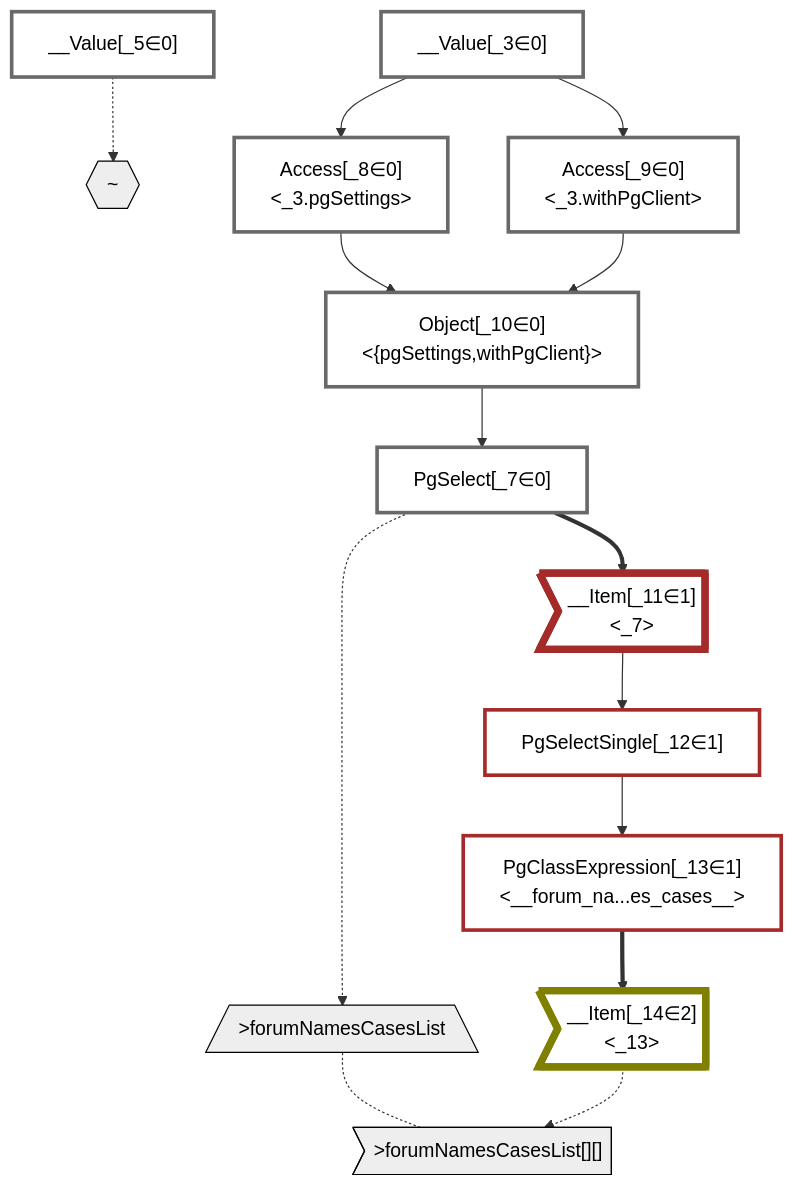
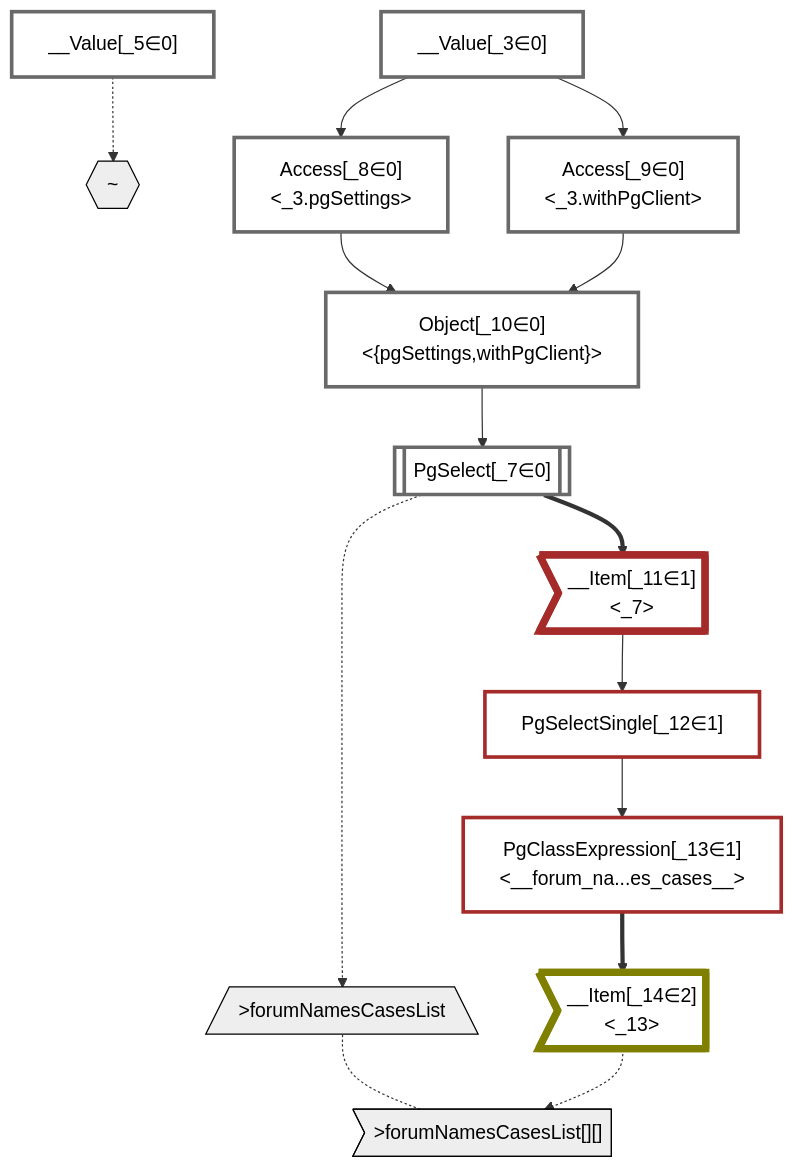
One commit to graphile/crystal changed the diagram in packages/dataplan-pg/__tests__/queries/functions/custom-query-forum-names-cases.deopt.mermaid.md. Above: the diagram before and after it, drawn with Mermaid. The commit also changed 195 other files, not shown here.

````diff
--- a/packages/dataplan-pg/__tests__/queries/functions/custom-query-forum-names-cases.deopt.mermaid.md
+++ b/packages/dataplan-pg/__tests__/queries/functions/custom-query-forum-names-cases.deopt.mermaid.md
@@ -1,51 +1,51 @@
 ```mermaid
 graph TD
     classDef path fill:#eee,stroke:#000,color:#000
     classDef plan fill:#fff,stroke-width:3px,color:#000
     classDef itemplan fill:#fff,stroke-width:6px,color:#000
     classDef sideeffectplan fill:#f00,stroke-width:6px,color:#000
 
     %% subgraph fields
     P1{{"~"}}:::path
     P2[/">forumNamesCasesList"\]:::path
     P3>">forumNamesCasesList[][]"]:::path
     P2 -.- P3
     %% P1 -.-> P2
     %% end
 
     %% define plans
     __Value_3["__Value[_3∈0]<br /><context>"]:::plan
     __Value_5["__Value[_5∈0]<br /><rootValue>"]:::plan
-    PgSelect_7["PgSelect[_7∈0]<br /><forum_names_cases>"]:::plan
+    PgSelect_7[["PgSelect[_7∈0]<br /><forum_names_cases>"]]:::plan
     Access_8["Access[_8∈0]<br /><_3.pgSettings>"]:::plan
     Access_9["Access[_9∈0]<br /><_3.withPgClient>"]:::plan
     Object_10["Object[_10∈0]<br /><{pgSettings,withPgClient}>"]:::plan
     __Item_11>"__Item[_11∈1]<br /><_7>"]:::itemplan
     PgSelectSingle_12["PgSelectSingle[_12∈1]<br /><forum_names_cases>"]:::plan
     PgClassExpression_13["PgClassExpression[_13∈1]<br /><__forum_na...es_cases__>"]:::plan
     __Item_14>"__Item[_14∈2]<br /><_13>"]:::itemplan
 
     %% plan dependencies
     Object_10 --> PgSelect_7
     __Value_3 --> Access_8
     __Value_3 --> Access_9
     Access_8 --> Object_10
     Access_9 --> Object_10
     PgSelect_7 ==> __Item_11
     __Item_11 --> PgSelectSingle_12
     PgSelectSingle_12 --> PgClassExpression_13
     PgClassExpression_13 ==> __Item_14
 
     %% plan-to-path relationships
     __Value_5 -.-> P1
     PgSelect_7 -.-> P2
     __Item_14 -.-> P3
 
     %% allocate buckets
     classDef bucket0 stroke:#696969
     class __Value_3,__Value_5,PgSelect_7,Access_8,Access_9,Object_10 bucket0
     classDef bucket1 stroke:#a52a2a
     class __Item_11,PgSelectSingle_12,PgClassExpression_13 bucket1
     classDef bucket2 stroke:#808000
     class __Item_14 bucket2
 ```
````
